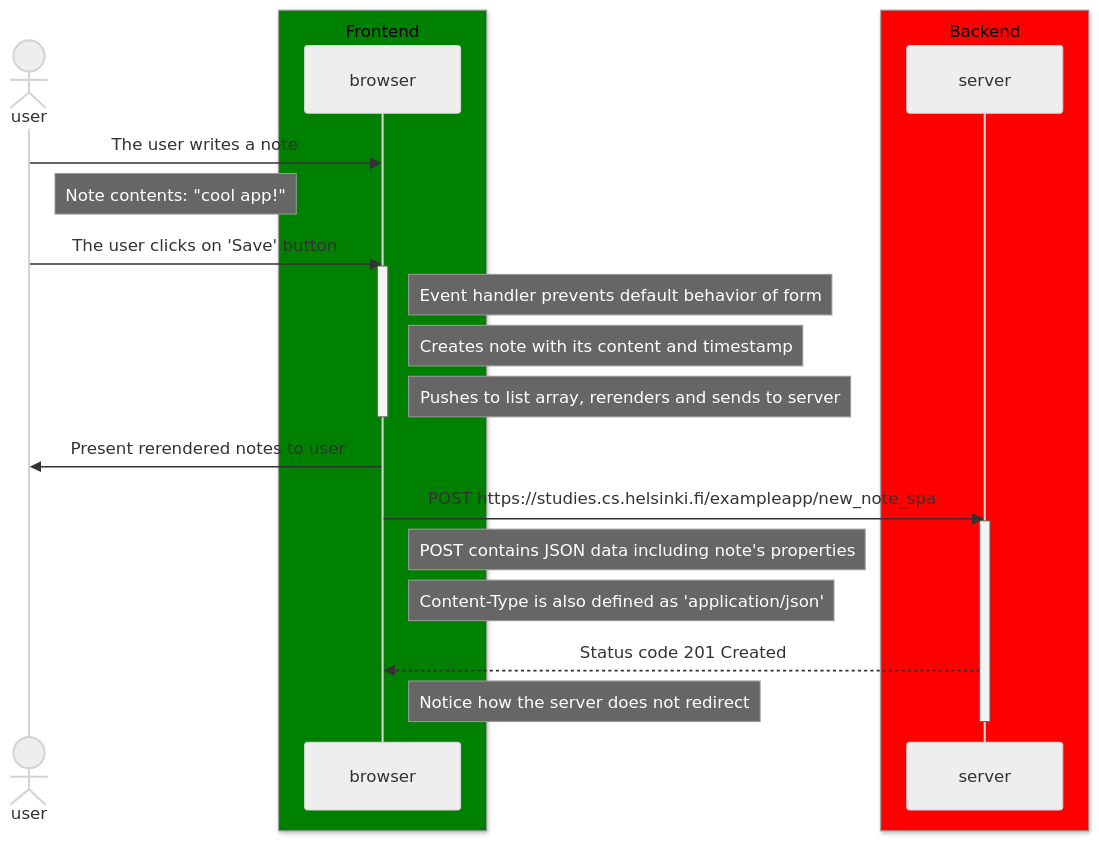
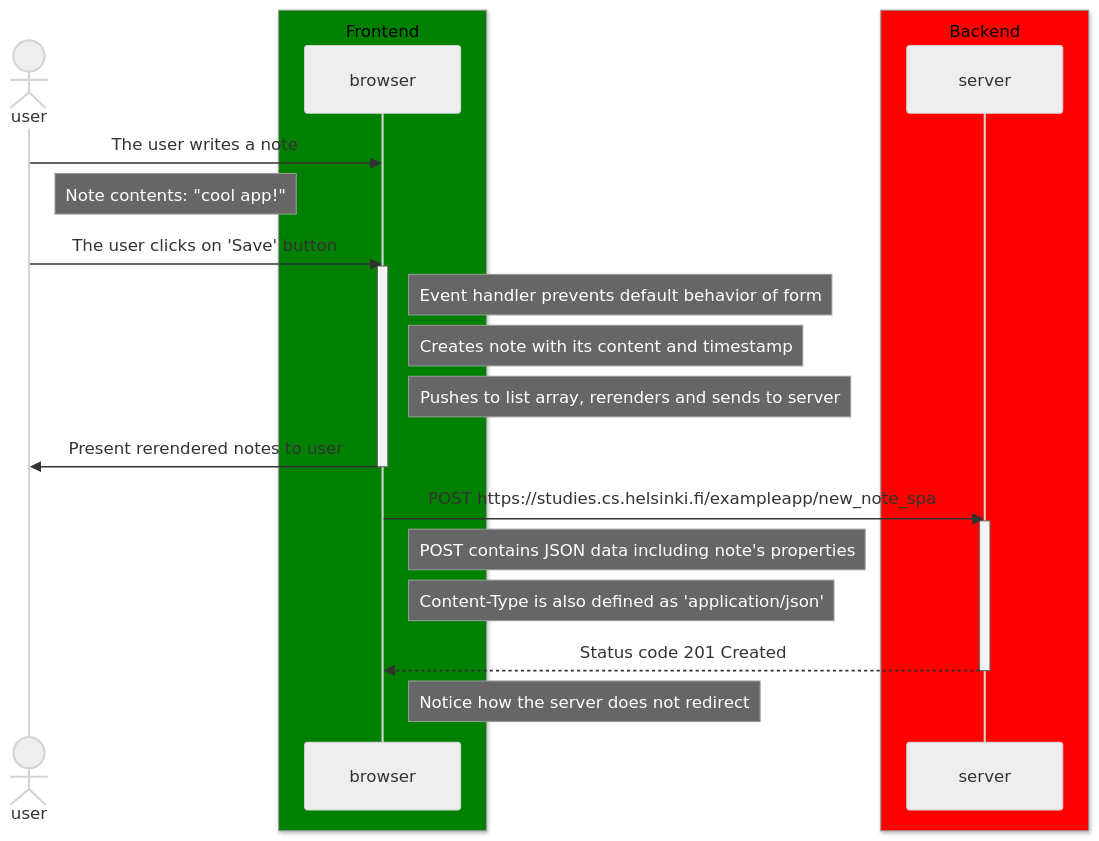
One commit to Nullim/fullstack-open changed the diagram in part0/newnotespadiagram.md. Above: the diagram before and after it, drawn with Mermaid (neutral theme). The commit also changed 1 other file, not shown here.

Commit message:
Fixes other errors

````diff
--- a/part0/newnotespadiagram.md
+++ b/part0/newnotespadiagram.md
@@ -1,38 +1,38 @@
 ```mermaid
 sequenceDiagram
   actor user 
   box Green Frontend
   participant browser
   end
   box Red Backend
   participant server
   end
 
   user->>browser: The user writes a note
 
   Note right of user: Note contents: "cool app!"
 
   user->>browser: The user clicks on 'Save' button
   activate browser
   
   Note right of browser: Event handler prevents default behavior of form
 
   Note right of browser: Creates note with its content and timestamp
 
   Note right of browser: Pushes to list array, rerenders and sends to server
+  
+  browser->>user: Present rerendered notes to user
   deactivate browser
-  browser->>user: Present rerendered notes to user
 
   browser->>server: POST https://studies.cs.helsinki.fi/exampleapp/new_note_spa
   activate server
 
   Note right of browser: POST contains JSON data including note's properties
 
   Note right of browser: Content-Type is also defined as 'application/json'
 
-  server-->>browser: Status code 201 Created
+  server-->>browser: Status code 201 Created 
+  deactivate server
 
   Note right of browser: Notice how the server does not redirect
-
-  deactivate server
 ```
````
